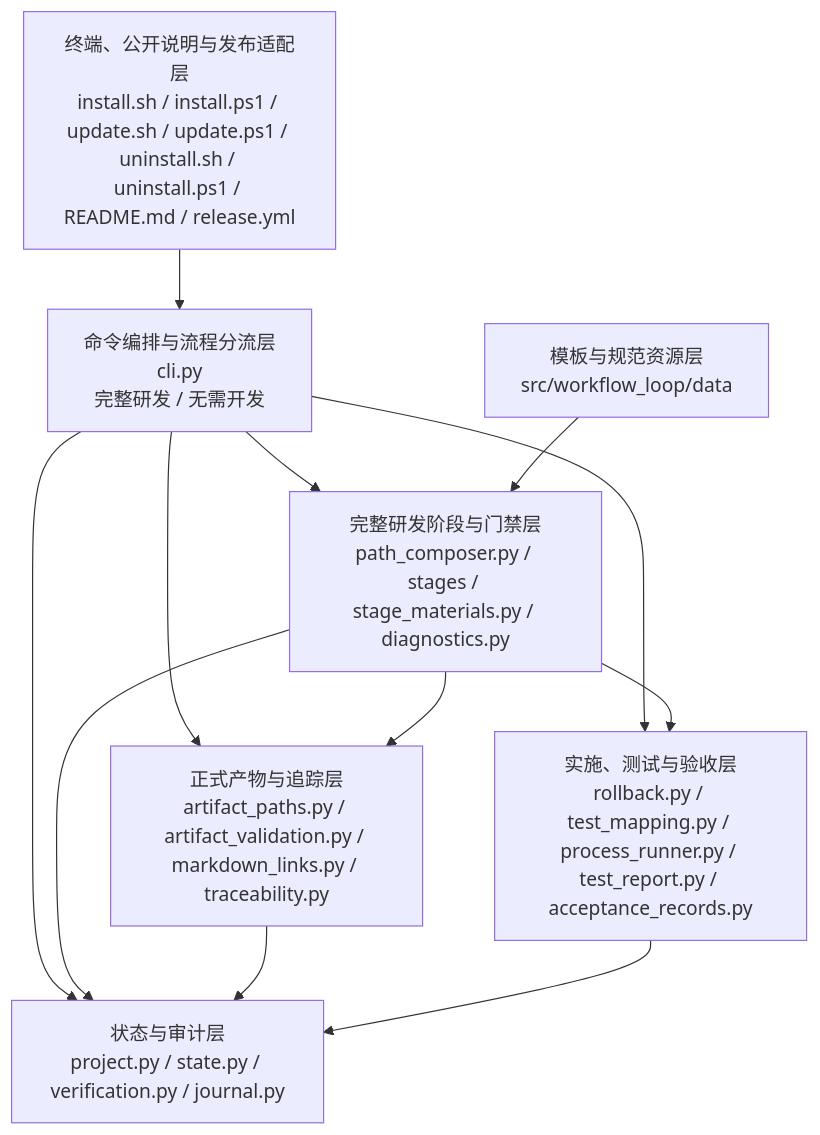
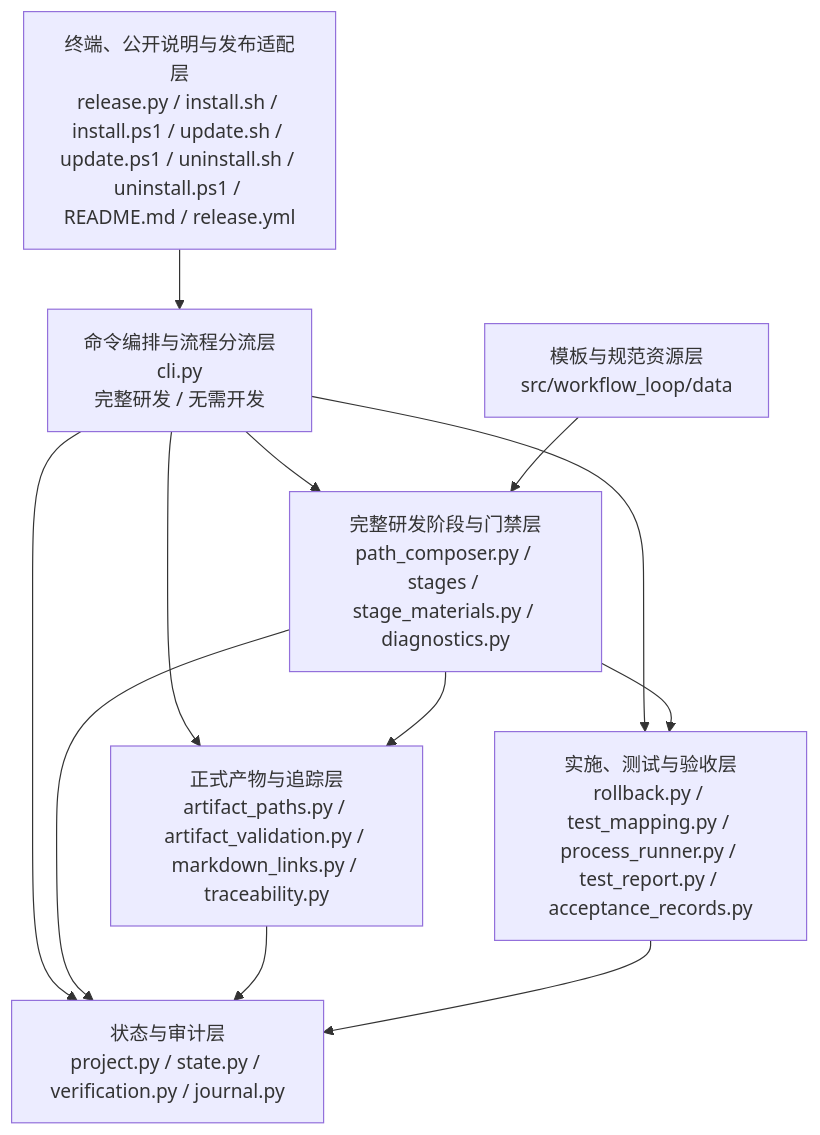
Before and after one commit to yuzyf/workflow_loop: the first of 6 diagrams in spec/代码架构设计.md, drawn with Mermaid. The commit also changed other lines of this file and 18 other files, not shown here.

````diff
--- a/spec/代码架构设计.md
+++ b/spec/代码架构设计.md
@@ -119,21 +123,21 @@
 ```mermaid
 flowchart TB
-    A["终端、公开说明与发布适配层<br/>install.sh / install.ps1 / update.sh / update.ps1 / uninstall.sh / uninstall.ps1 / README.md / release.yml"]
+    A["终端、公开说明与发布适配层<br/>release.py / install.sh / install.ps1 / update.sh / update.ps1 / uninstall.sh / uninstall.ps1 / README.md / release.yml"]
     B["命令编排与流程分流层<br/>cli.py<br/>完整研发 / 无需开发"]
     C["完整研发阶段与门禁层<br/>path_composer.py / stages / stage_materials.py / diagnostics.py"]
     D["正式产物与追踪层<br/>artifact_paths.py / artifact_validation.py / markdown_links.py / traceability.py"]
     E["实施、测试与验收层<br/>rollback.py / test_mapping.py / process_runner.py / test_report.py / acceptance_records.py"]
     F["状态与审计层<br/>project.py / state.py / verification.py / journal.py"]
     G["模板与规范资源层<br/>src/workflow_loop/data"]
     A --> B
     B --> C
     B --> F
     B --> D
     B --> E
     C --> D
     C --> E
     C --> F
     D --> F
     E --> F
     G --> C
 ```
````
